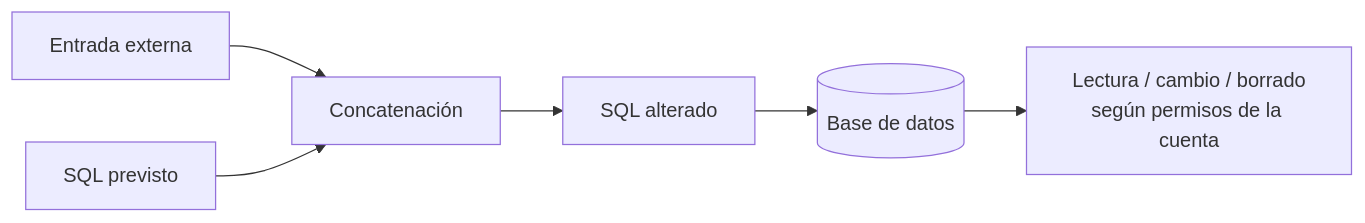
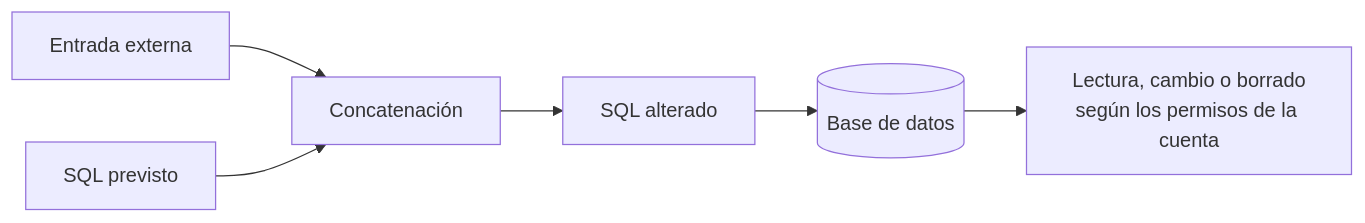
The first of 3 diagrams in src/content/docs/bbdd-aplicadas/unidad-5/teoria/inyeccion-sql.md (unlam-informatica/unlam-informatica.github.io), drawn with Mermaid before and after one commit. The commit also changed other lines of this file and 100 other files, not shown here.

````diff
--- a/src/content/docs/bbdd-aplicadas/unidad-5/teoria/inyeccion-sql.md
+++ b/src/content/docs/bbdd-aplicadas/unidad-5/teoria/inyeccion-sql.md
@@ -15,8 +23,8 @@
 ```mermaid
 flowchart LR
     E[Entrada externa] --> C[Concatenación]
     Q[SQL previsto] --> C
     C --> A[SQL alterado]
     A --> DB[(Base de datos)]
-    DB --> I[Lectura / cambio / borrado<br/>según permisos de la cuenta]
+    DB --> I[Lectura, cambio o borrado<br/>según los permisos de la cuenta]
 ```
````
